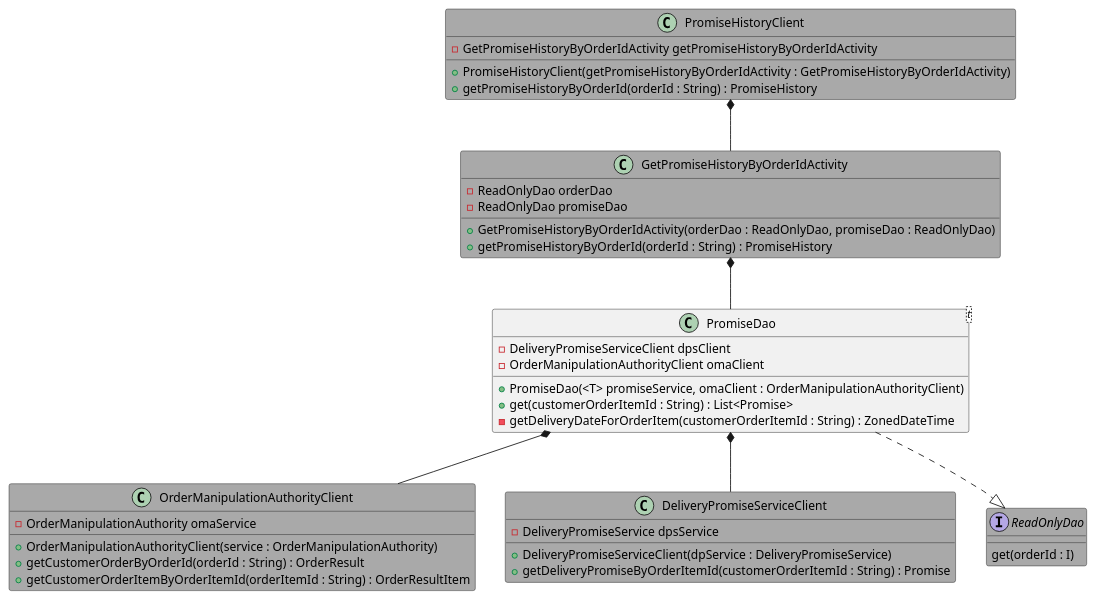
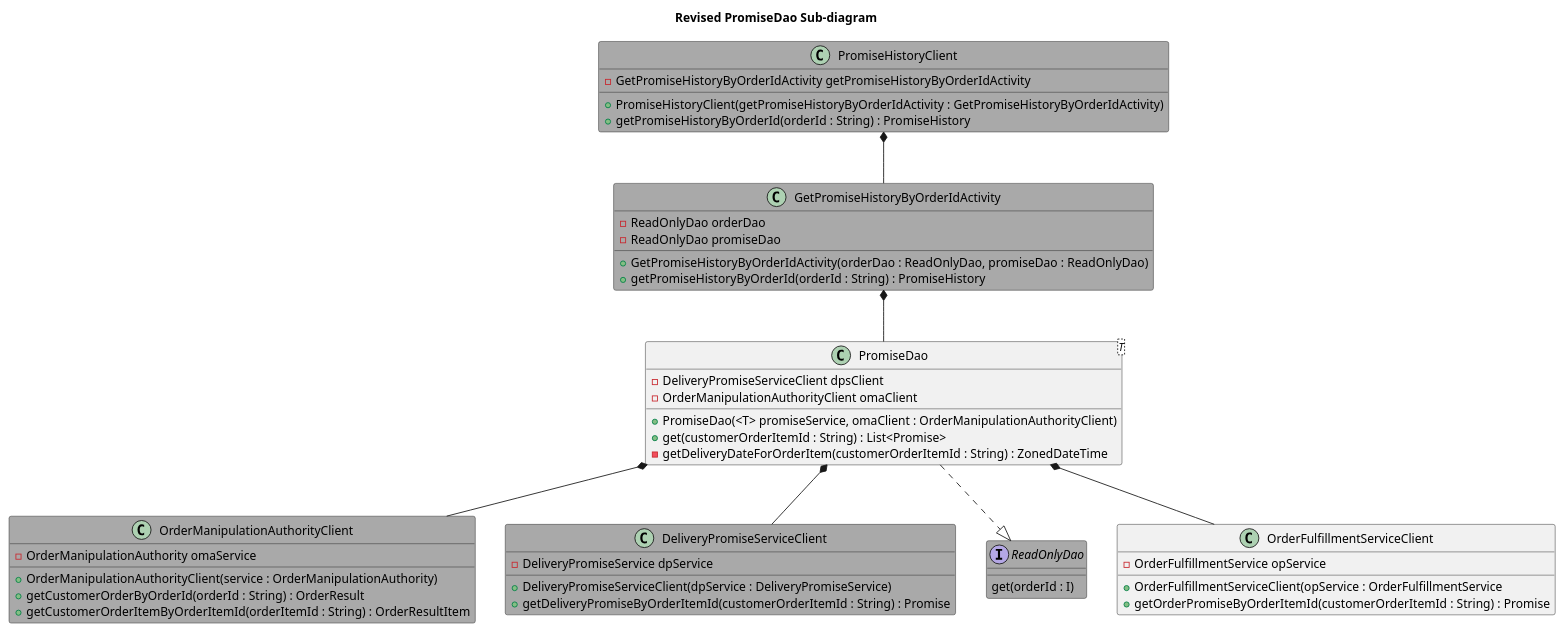
The diagram in src/resources/RevisedPromisedDao.puml (brianjknight/Delivery-Promise-Project), drawn with PlantUML before and after one commit. The commit also changed 19 other files, not shown here.

```diff
--- a/src/resources/RevisedPromisedDao.puml
+++ b/src/resources/RevisedPromisedDao.puml
@@ -1,47 +1,55 @@
 @startuml
+title Revised PromiseDao Sub-diagram
 
 class PromiseHistoryClient #darkgrey {
     -GetPromiseHistoryByOrderIdActivity getPromiseHistoryByOrderIdActivity
     +PromiseHistoryClient(getPromiseHistoryByOrderIdActivity : GetPromiseHistoryByOrderIdActivity)
     +getPromiseHistoryByOrderId(orderId : String) : PromiseHistory
 }
 
 class GetPromiseHistoryByOrderIdActivity #darkgrey{
     -ReadOnlyDao orderDao
     -ReadOnlyDao promiseDao
     +GetPromiseHistoryByOrderIdActivity(orderDao : ReadOnlyDao, promiseDao : ReadOnlyDao)
     +getPromiseHistoryByOrderId(orderId : String) : PromiseHistory
 }
 
-class PromiseDao<t>{
+class PromiseDao<T>{
     -DeliveryPromiseServiceClient dpsClient
     -OrderManipulationAuthorityClient omaClient
     +PromiseDao(<T> promiseService, omaClient : OrderManipulationAuthorityClient)
     +get(customerOrderItemId : String) : List<Promise>
     -getDeliveryDateForOrderItem(customerOrderItemId : String) : ZonedDateTime
 }
 
 class OrderManipulationAuthorityClient #darkgrey{
     -OrderManipulationAuthority omaService
     +OrderManipulationAuthorityClient(service : OrderManipulationAuthority)
     +getCustomerOrderByOrderId(orderId : String) : OrderResult
     +getCustomerOrderItemByOrderItemId(orderItemId : String) : OrderResultItem
 }
 
 class DeliveryPromiseServiceClient #darkgrey{
-    -DeliveryPromiseService dpsService
+    -DeliveryPromiseService dpService
     +DeliveryPromiseServiceClient(dpService : DeliveryPromiseService)
     +getDeliveryPromiseByOrderItemId(customerOrderItemId : String) : Promise
 }
 
 interface ReadOnlyDao #darkgrey{
     get(orderId : I)
 }
 
+class OrderFulfillmentServiceClient{
+    -OrderFulfillmentService opService
+    +OrderFulfillmentServiceClient(opService : OrderFulfillmentService
+    +getOrderPromiseByOrderItemId(customerOrderItemId : String) : Promise
+}
+
 PromiseHistoryClient *-- GetPromiseHistoryByOrderIdActivity
 GetPromiseHistoryByOrderIdActivity *-- PromiseDao
 PromiseDao *-- OrderManipulationAuthorityClient
 PromiseDao *-- DeliveryPromiseServiceClient
+PromiseDao *-- OrderFulfillmentServiceClient
 PromiseDao ..|> ReadOnlyDao
 
 @enduml
```
